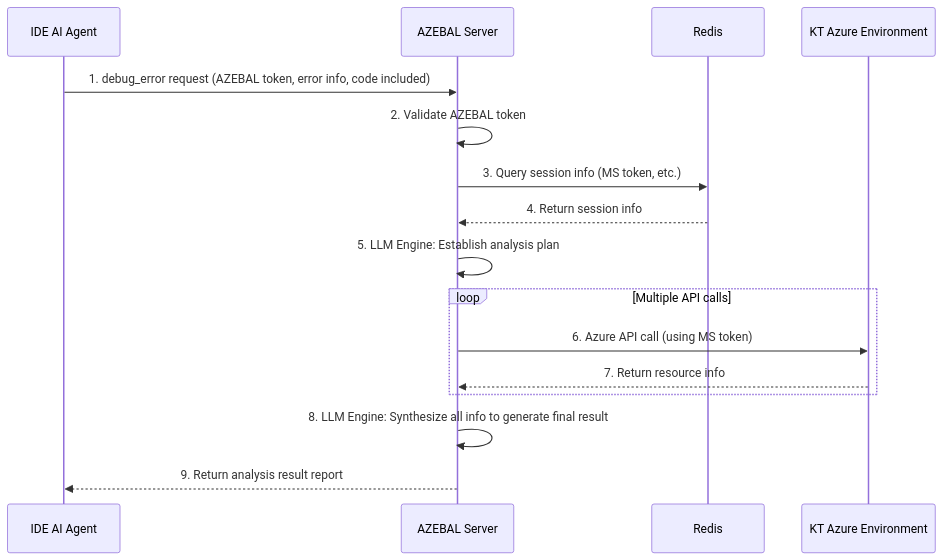
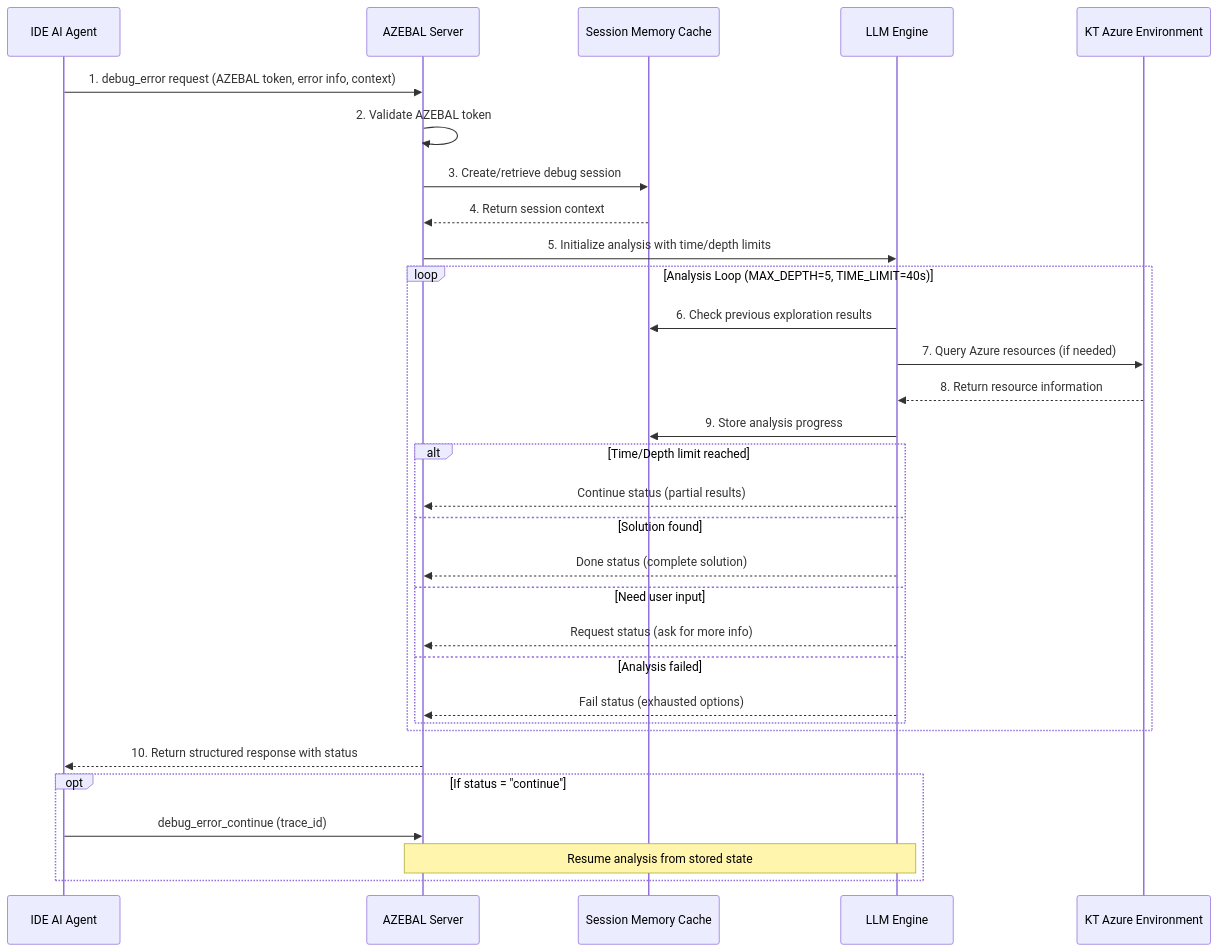
One commit to HyunjunGil/CTC4-AZEBAL changed the third of 3 diagrams in docs/architect.md. Above: the diagram before and after it, drawn with Mermaid. The commit also changed other lines of this file and 4 other files, not shown here.

````diff
--- a/docs/architect.md
+++ b/docs/architect.md
@@ -202,19 +204,38 @@
 ```mermaid
 sequenceDiagram
     participant Agent as IDE AI Agent
     participant Server as AZEBAL Server
-    participant Redis
+    participant SessionCache as Session Memory Cache
+    participant LLM as LLM Engine
     participant Azure as KT Azure Environment
 
-    Agent->>Server: 1. debug_error request (AZEBAL token, error info, code included)
+    Agent->>Server: 1. debug_error request (AZEBAL token, error info, context)
     Server->>Server: 2. Validate AZEBAL token
-    Server->>Redis: 3. Query session info (MS token, etc.)
-    Redis-->>Server: 4. Return session info
-    Server->>Server: 5. LLM Engine: Establish analysis plan
-    loop Multiple API calls
-        Server->>Azure: 6. Azure API call (using MS token)
-        Azure-->>Server: 7. Return resource info
+    Server->>SessionCache: 3. Create/retrieve debug session
+    SessionCache-->>Server: 4. Return session context
+    Server->>LLM: 5. Initialize analysis with time/depth limits
+    
+    loop Analysis Loop (MAX_DEPTH=5, TIME_LIMIT=40s)
+        LLM->>SessionCache: 6. Check previous exploration results
+        LLM->>Azure: 7. Query Azure resources (if needed)
+        Azure-->>LLM: 8. Return resource information
+        LLM->>SessionCache: 9. Store analysis progress
+        
+        alt Time/Depth limit reached
+            LLM-->>Server: Continue status (partial results)
+        else Solution found
+            LLM-->>Server: Done status (complete solution)
+        else Need user input
+            LLM-->>Server: Request status (ask for more info)
+        else Analysis failed
+            LLM-->>Server: Fail status (exhausted options)
+        end
     end
-    Server->>Server: 8. LLM Engine: Synthesize all info to generate final result
-    Server-->>Agent: 9. Return analysis result report
+    
+    Server-->>Agent: 10. Return structured response with status
+    
+    opt If status = "continue"
+        Agent->>Server: debug_error_continue (trace_id)
+        Note over Server, LLM: Resume analysis from stored state
+    end
 ```
````
